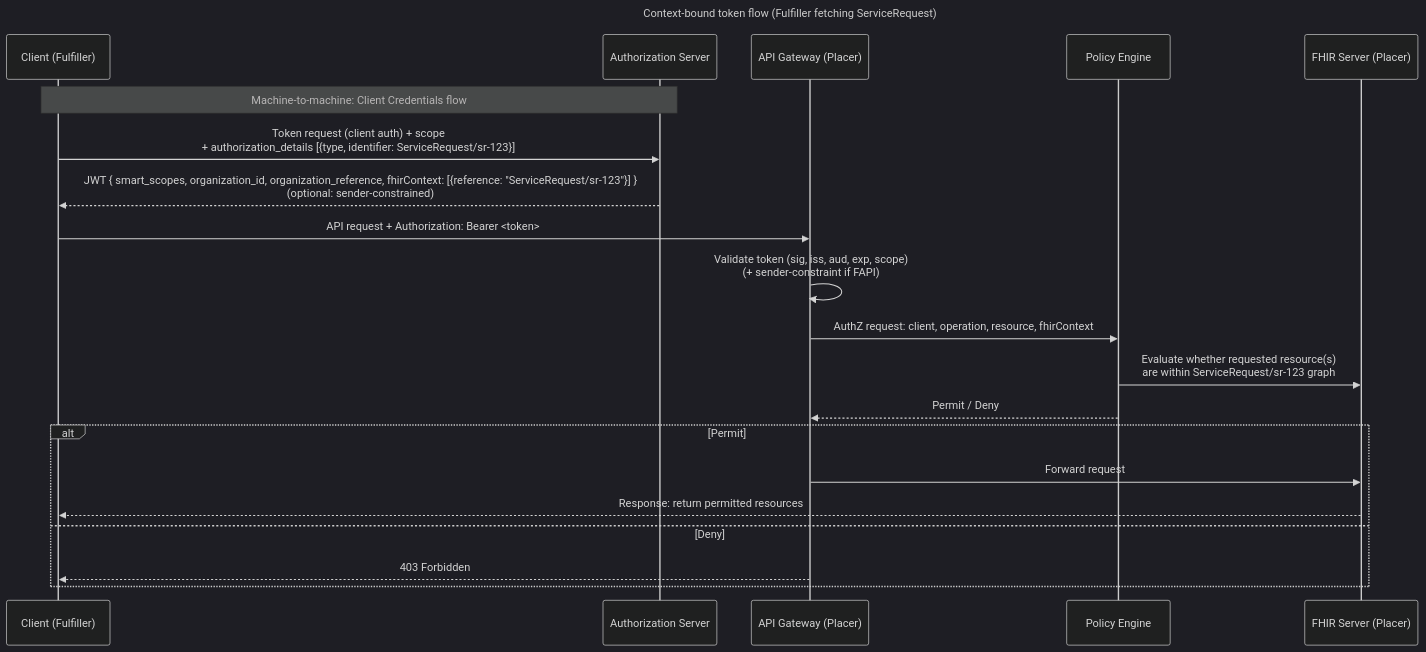
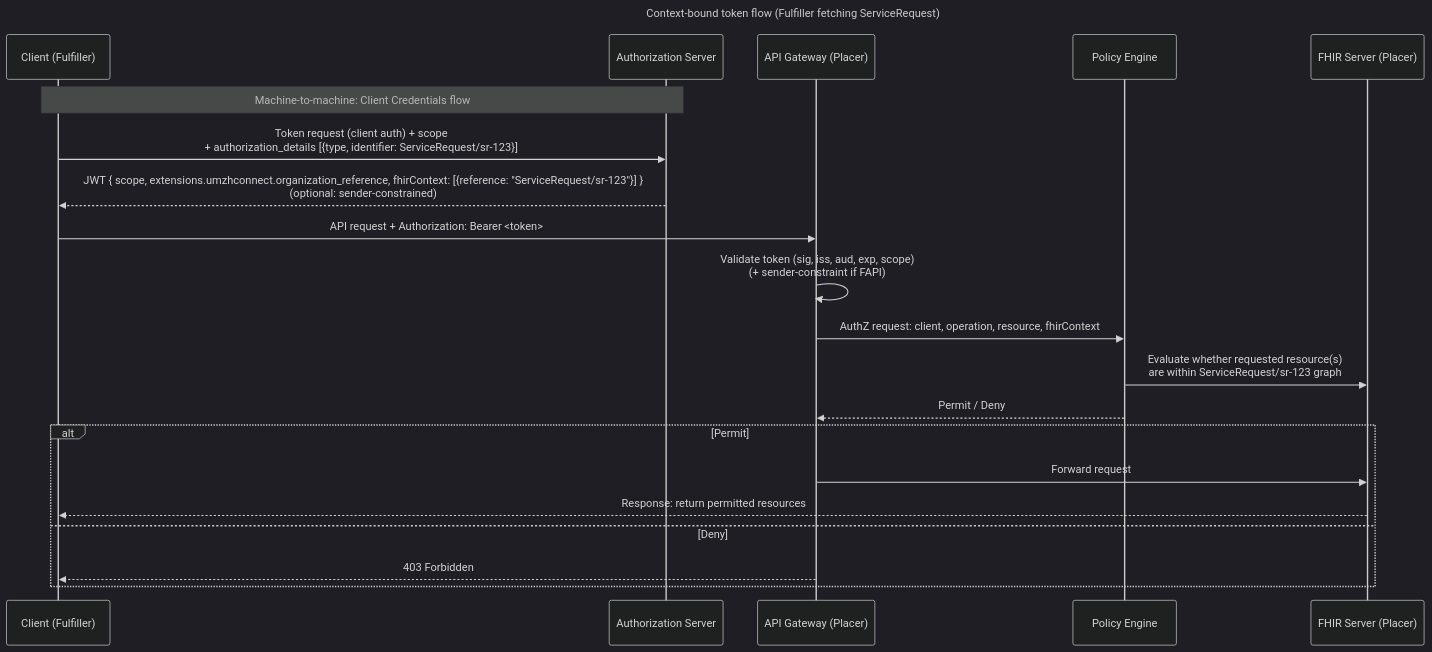
One commit to umzhconnect/umzhconnect-ig changed the second of 3 diagrams in input/pagecontent/security.md. Above: the diagram before and after it, drawn with Mermaid (dark theme). The commit also changed other lines of this file and 2 other files, not shown here.

First line of the commit message:
JWT: carry org identity as extensions.umzhconnect.organization_reference

````diff
--- a/input/pagecontent/security.md
+++ b/input/pagecontent/security.md
@@ -157,26 +159,26 @@
 ```mermaid
 sequenceDiagram
   title Context-bound token flow (Fulfiller fetching ServiceRequest)
 
   participant C as Client (Fulfiller)
   participant AS as Authorization Server
   participant AG as API Gateway (Placer)
   participant PE as Policy Engine
   participant FHIR as FHIR Server (Placer)
 
   Note over C,AS: Machine-to-machine: Client Credentials flow
   C->>AS: Token request (client auth) + scope<br/>+ authorization_details [{type, identifier: ServiceRequest/sr-123}]
-  AS-->>C: JWT { smart_scopes, organization_id, organization_reference, fhirContext: [{reference: "ServiceRequest/sr-123"}] }<br/>(optional: sender-constrained)
+  AS-->>C: JWT { scope, extensions.umzhconnect.organization_reference, fhirContext: [{reference: "ServiceRequest/sr-123"}] }<br/>(optional: sender-constrained)
 
   C->>AG: API request + Authorization: Bearer <token>
   AG->>AG: Validate token (sig, iss, aud, exp, scope)<br/>(+ sender-constraint if FAPI)
   AG->>PE: AuthZ request: client, operation, resource, fhirContext
   PE->>FHIR: Evaluate whether requested resource(s)<br/>are within ServiceRequest/sr-123 graph
   PE-->>AG: Permit / Deny
   alt Permit
     AG->>FHIR: Forward request
     FHIR-->>C: Response: return permitted resources
   else Deny
     AG-->>C: 403 Forbidden
   end
 ```
````
